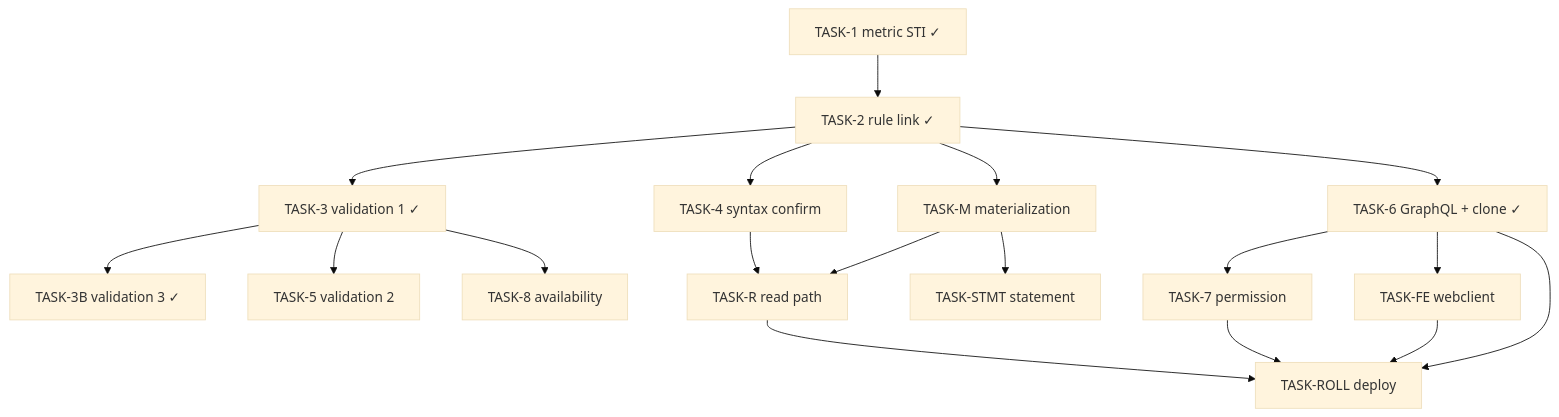
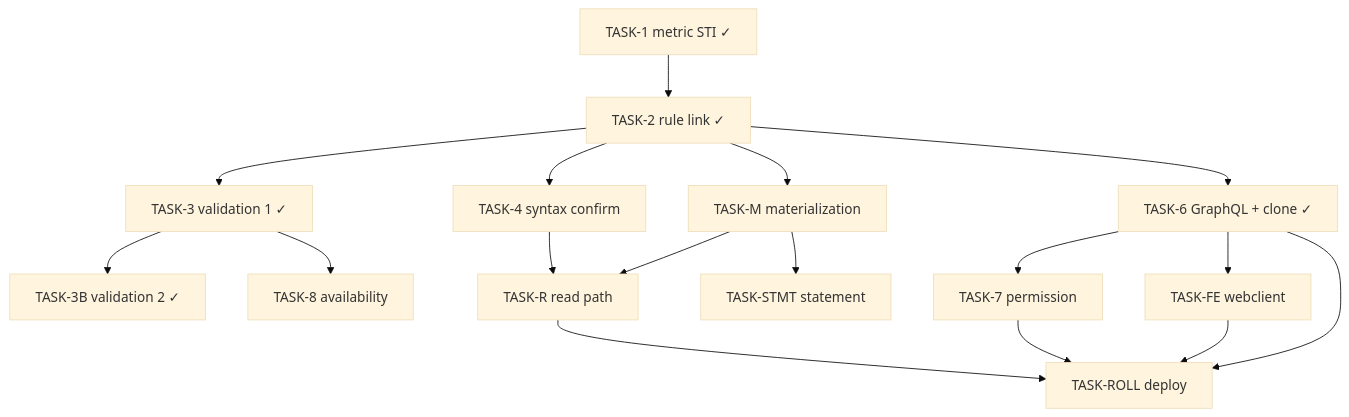
Before and after one commit to plribeiro3000/dot-claude-plans: the diagram in active/app/output-variables/TASKS.md, drawn with Mermaid (base theme). The commit also changed other lines of this file and 8 other files, not shown here.

````diff
--- a/active/app/output-variables/TASKS.md
+++ b/active/app/output-variables/TASKS.md
@@ -247,20 +232,19 @@
 ```mermaid
 graph TD
   T1[TASK-1 metric STI ✓] --> T2[TASK-2 rule link ✓]
   T2 --> T3[TASK-3 validation 1 ✓]
-  T3 --> T3B[TASK-3B validation 3 ✓]
-  T3 --> T5[TASK-5 validation 2]
+  T3 --> T3B[TASK-3B validation 2 ✓]
   T2 --> T4[TASK-4 syntax confirm]
   T2 --> TM[TASK-M materialization]
   TM --> TR[TASK-R read path]
   T4 --> TR
   T2 --> T6[TASK-6 GraphQL + clone ✓]
   T6 --> T7[TASK-7 permission]
   T6 --> TFE[TASK-FE webclient]
   T3 --> T8[TASK-8 availability]
   TM --> TSTMT[TASK-STMT statement]
   TR --> TROLL[TASK-ROLL deploy]
   T6 --> TROLL
   T7 --> TROLL
   TFE --> TROLL
 ```
````
